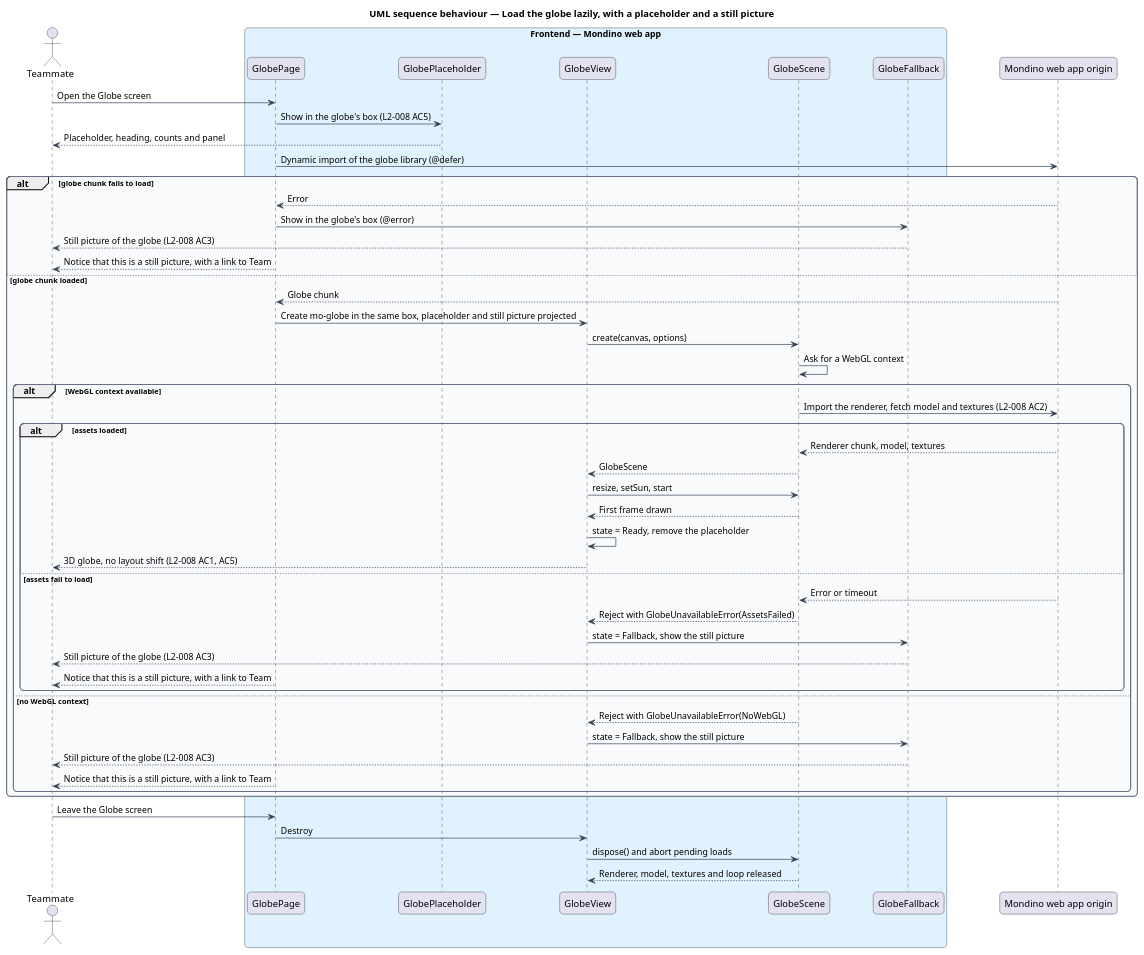
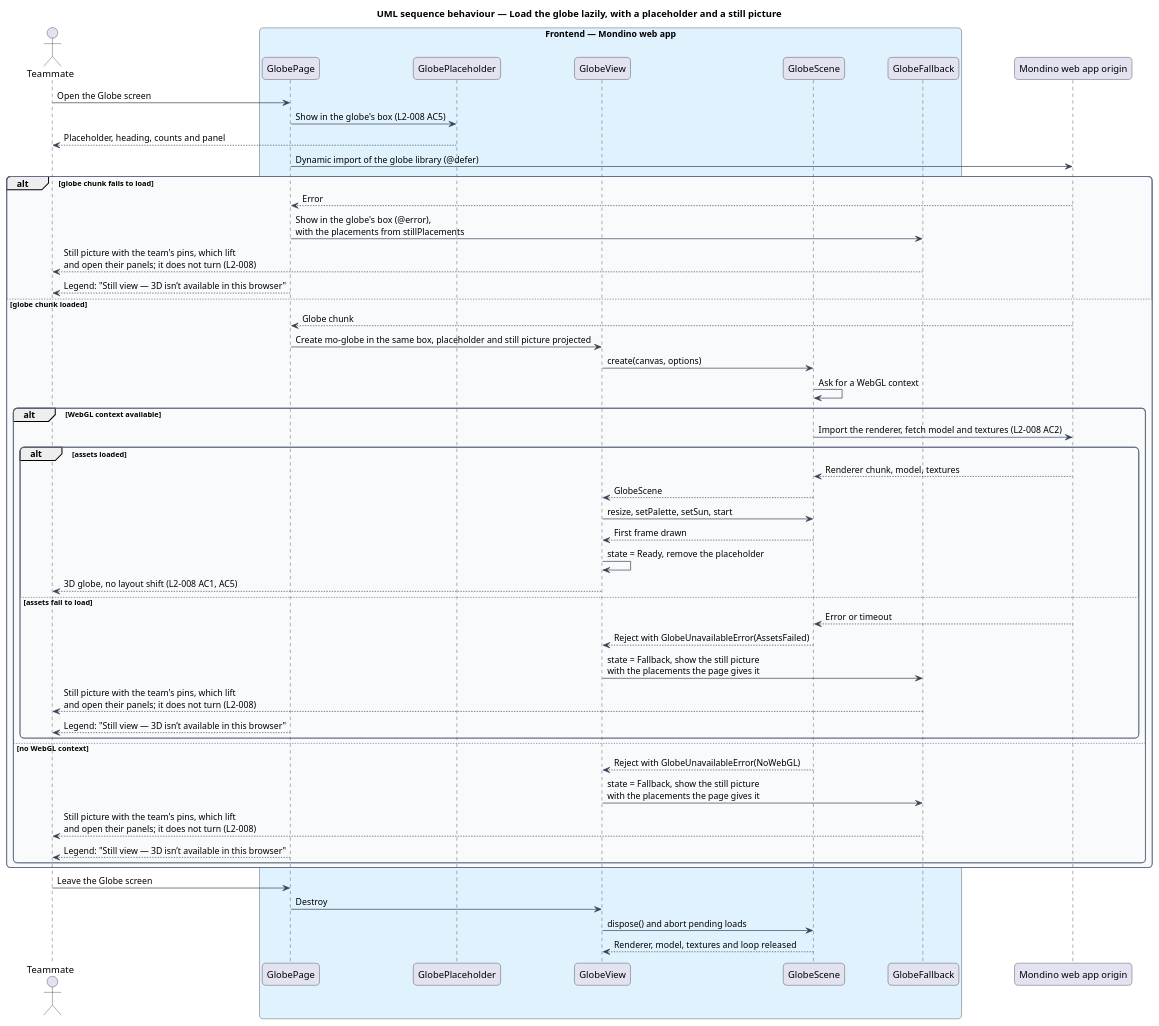
The diagram in docs/detailed-designs/globe/draw-globe/diagrams/sequence-load-globe.puml (QuinntyneBrown/Mondino), drawn with PlantUML before and after one commit. The commit also changed 91 other files, not shown here.

```diff
--- a/docs/detailed-designs/globe/draw-globe/diagrams/sequence-load-globe.puml
+++ b/docs/detailed-designs/globe/draw-globe/diagrams/sequence-load-globe.puml
@@ -1,67 +1,67 @@
 @startuml
 title UML sequence behaviour — Load the globe lazily, with a placeholder and a still picture
 skinparam backgroundColor #FFFFFF
 skinparam shadowing false
 skinparam roundcorner 12
 skinparam defaultFontName Arial
 skinparam ArrowColor #344054
 skinparam rectangle {
   BorderColor #344054
   FontColor #101828
 }
 skinparam package {
   BorderColor #667085
   FontColor #101828
   BackgroundColor #F9FAFB
 }
 actor "Teammate" as actor
 box "Frontend — Mondino web app" #E0F2FE
   participant "GlobePage" as page
   participant "GlobePlaceholder" as placeholder
   participant "GlobeView" as view
   participant "GlobeScene" as scene
   participant "GlobeFallback" as fallback
 end box
 participant "Mondino web app origin" as origin
 actor -> page : Open the Globe screen
 page -> placeholder : Show in the globe's box (L2-008 AC5)
 placeholder --> actor : Placeholder, heading, counts and panel
 page -> origin : Dynamic import of the globe library (@defer)
 alt globe chunk fails to load
   origin --> page : Error
-  page -> fallback : Show in the globe's box (@error)
-  fallback --> actor : Still picture of the globe (L2-008 AC3)
-  page --> actor : Notice that this is a still picture, with a link to Team
+  page -> fallback : Show in the globe's box (@error),\nwith the placements from stillPlacements
+  fallback --> actor : Still picture with the team's pins, which lift\nand open their panels; it does not turn (L2-008)
+  page --> actor : Legend: "Still view — 3D isn’t available in this browser"
 else globe chunk loaded
 origin --> page : Globe chunk
 page -> view : Create mo-globe in the same box, placeholder and still picture projected
 view -> scene : create(canvas, options)
 scene -> scene : Ask for a WebGL context
 alt WebGL context available
   scene -> origin : Import the renderer, fetch model and textures (L2-008 AC2)
   alt assets loaded
     origin --> scene : Renderer chunk, model, textures
     scene --> view : GlobeScene
-    view -> scene : resize, setSun, start
+    view -> scene : resize, setPalette, setSun, start
     scene --> view : First frame drawn
     view -> view : state = Ready, remove the placeholder
     view --> actor : 3D globe, no layout shift (L2-008 AC1, AC5)
   else assets fail to load
     origin --> scene : Error or timeout
     scene --> view : Reject with GlobeUnavailableError(AssetsFailed)
-    view -> fallback : state = Fallback, show the still picture
-    fallback --> actor : Still picture of the globe (L2-008 AC3)
-    page --> actor : Notice that this is a still picture, with a link to Team
+    view -> fallback : state = Fallback, show the still picture\nwith the placements the page gives it
+    fallback --> actor : Still picture with the team's pins, which lift\nand open their panels; it does not turn (L2-008)
+    page --> actor : Legend: "Still view — 3D isn’t available in this browser"
   end
 else no WebGL context
   scene --> view : Reject with GlobeUnavailableError(NoWebGL)
-  view -> fallback : state = Fallback, show the still picture
-  fallback --> actor : Still picture of the globe (L2-008 AC3)
-  page --> actor : Notice that this is a still picture, with a link to Team
+  view -> fallback : state = Fallback, show the still picture\nwith the placements the page gives it
+  fallback --> actor : Still picture with the team's pins, which lift\nand open their panels; it does not turn (L2-008)
+  page --> actor : Legend: "Still view — 3D isn’t available in this browser"
 end
 end
 actor -> page : Leave the Globe screen
 page -> view : Destroy
 view -> scene : dispose() and abort pending loads
 scene --> view : Renderer, model, textures and loop released
 @enduml
```
